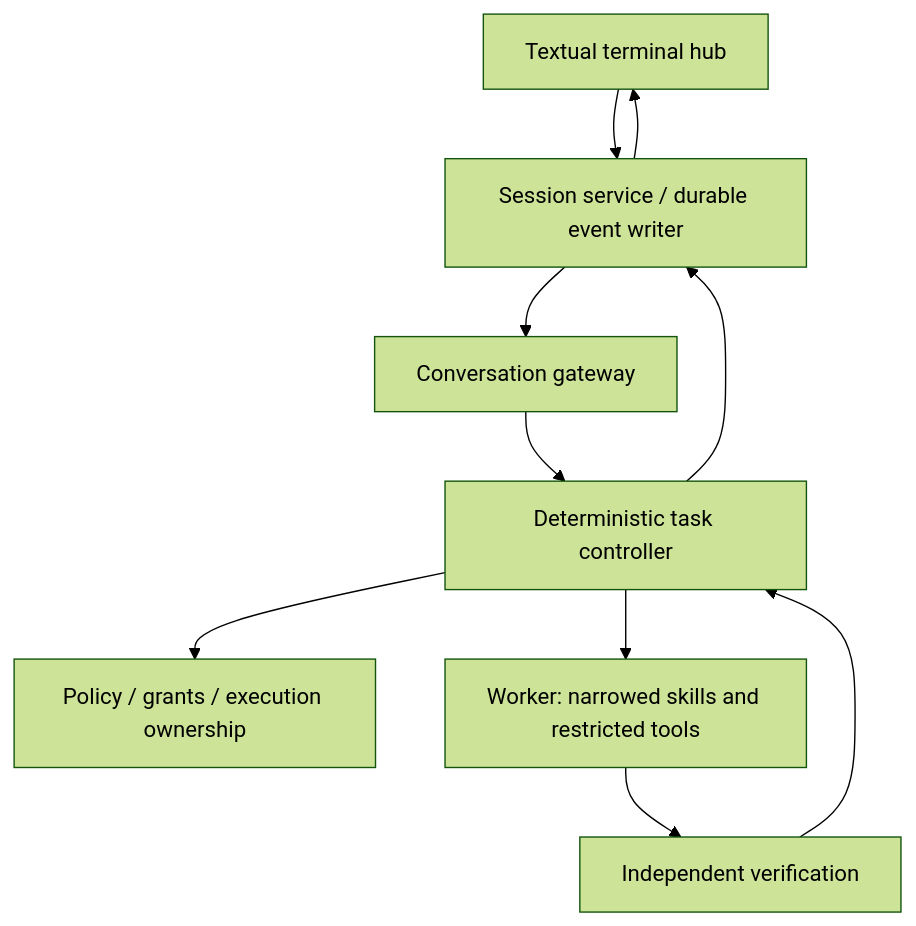
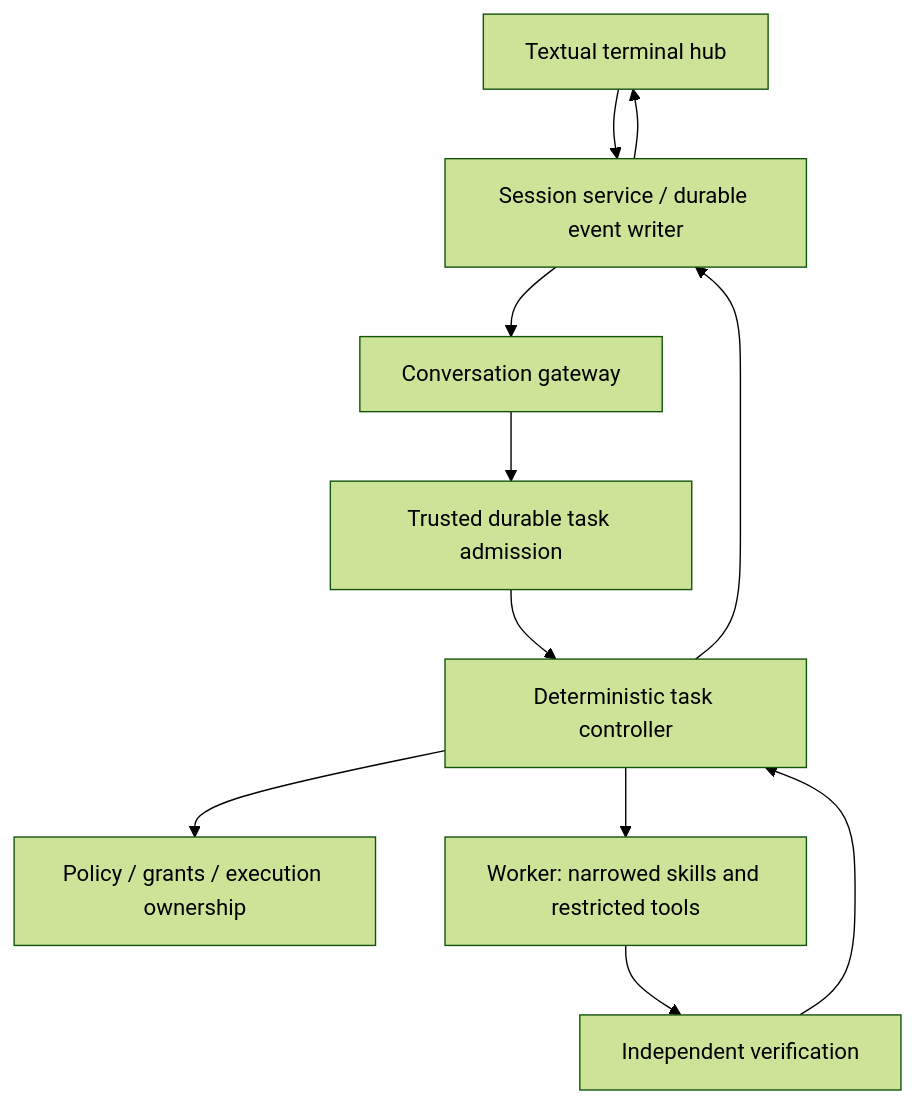
One commit to aidenbarrett/Local-Code-Agent changed the diagram in PROJECT_OVERVIEW.md. Above: the diagram before and after it, drawn with Mermaid (forest theme). The commit also changed other lines of this file, not shown here.

Commit message:
Docs: advance overview through admission-before-effects handoff

````diff
--- a/PROJECT_OVERVIEW.md
+++ b/PROJECT_OVERVIEW.md
@@ -79,12 +98,13 @@
 ```mermaid
 flowchart TD
     UI["Textual terminal hub"] --> S["Session service / durable event writer"]
     S --> G["Conversation gateway"]
-    G --> C["Deterministic task controller"]
+    G --> A["Trusted durable task admission"]
+    A --> C["Deterministic task controller"]
     C --> P["Policy / grants / execution ownership"]
     C --> W["Worker: narrowed skills and restricted tools"]
     W --> V["Independent verification"]
     V --> C
     C --> S
     S --> UI
 ```
````
